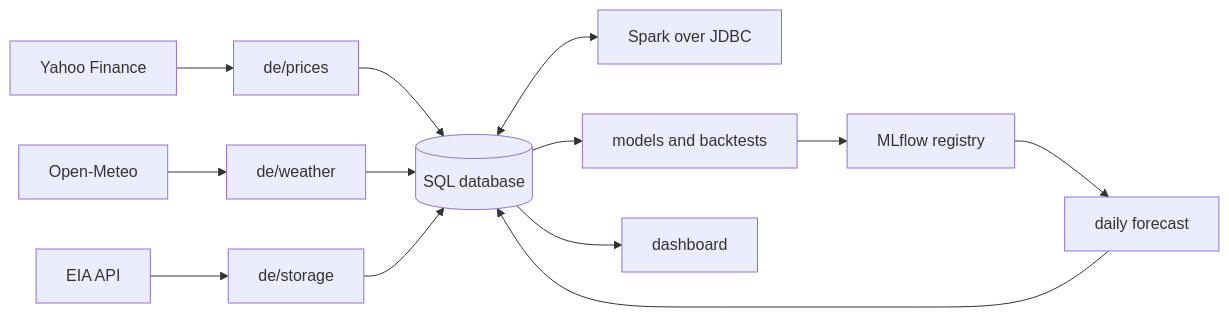
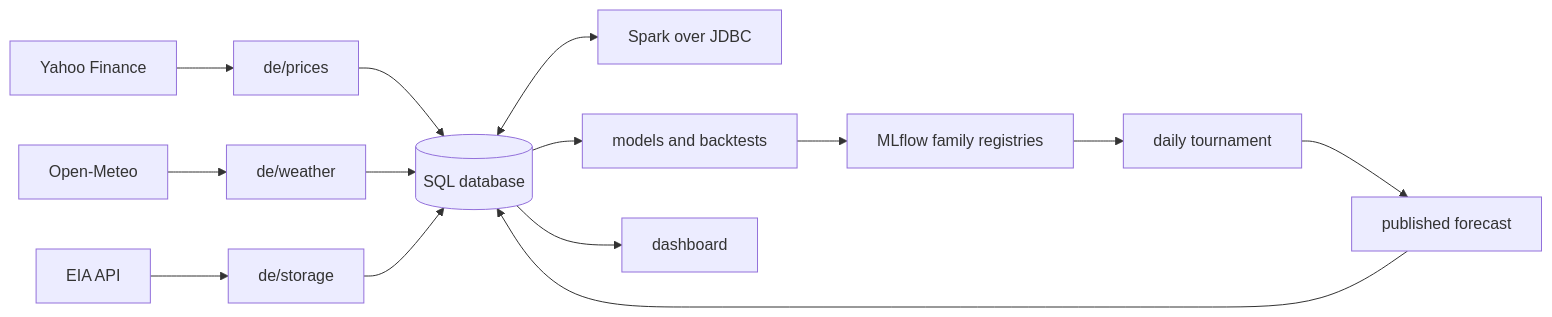
The third of 3 diagrams in README.md (ajgeiger/natural-gas-forecasting), drawn with Mermaid before and after one commit. The commit also changed other lines of this file and 164 other files, not shown here.

First line of the commit message:
add models, daily scoring, tournament, and a manual run notebook (#4)

````diff
--- a/README.md
+++ b/README.md
@@ -142,15 +438,16 @@
 ```mermaid
 flowchart LR
     yahoo[Yahoo Finance] --> prices[de/prices]
     meteo[Open-Meteo] --> weather[de/weather]
     eia[EIA API] --> storage[de/storage]
     prices --> db[(SQL database)]
     weather --> db
     storage --> db
     db <--> spark[Spark over JDBC]
     db --> models[models and backtests]
-    models --> mlflow[MLflow registry]
-    mlflow --> forecast[daily forecast]
+    models --> mlflow[MLflow family registries]
+    mlflow --> tournament[daily tournament]
+    tournament --> forecast[published forecast]
     forecast --> db
     db --> dashboard[dashboard]
 ```
````
